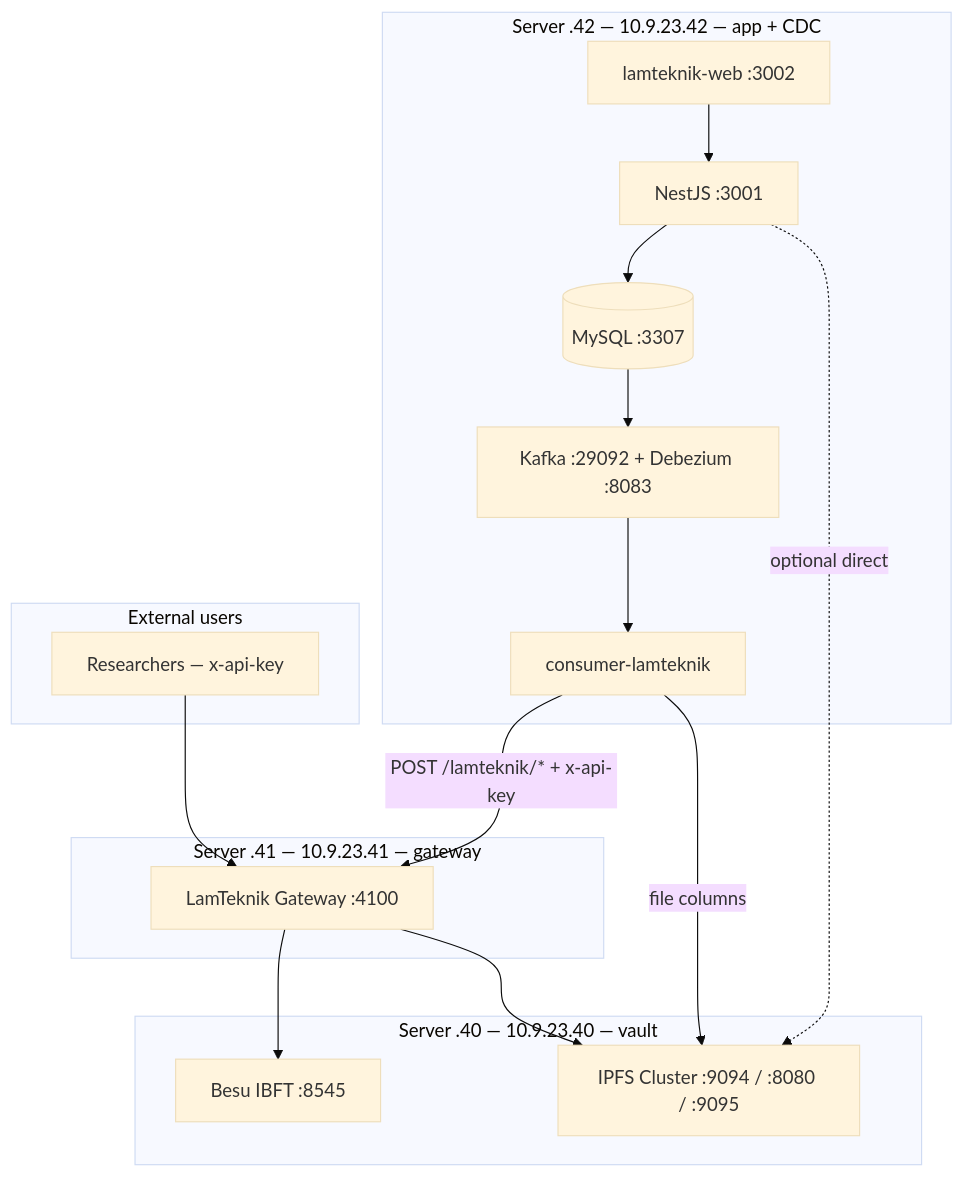
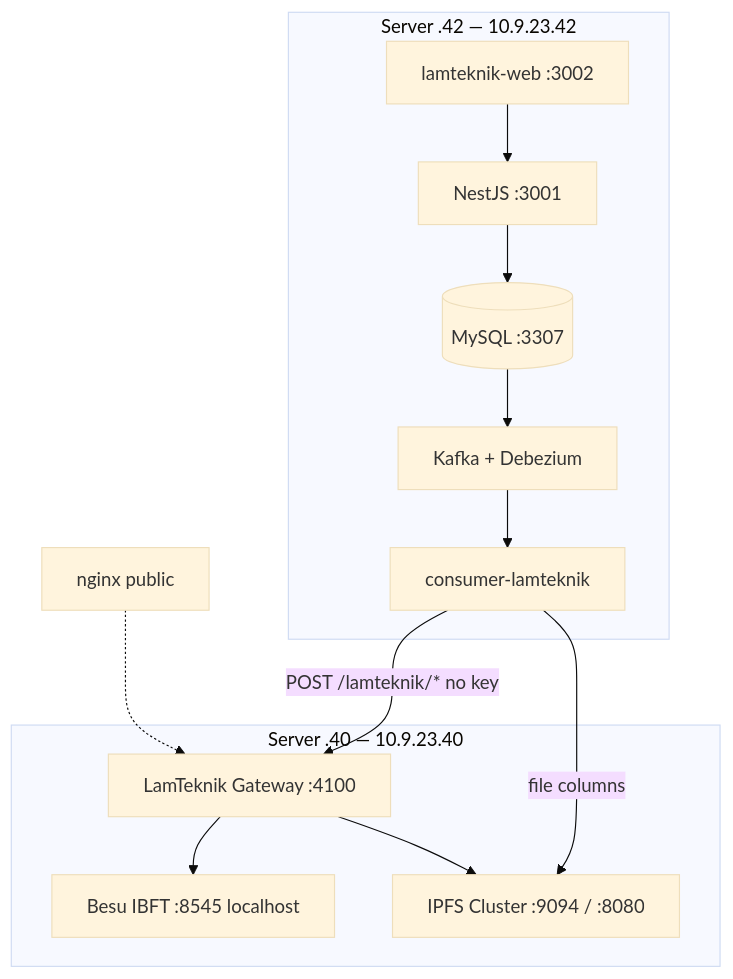
The diagram in context/infrastructure.md (DeITdev/lamteknik-blockchain), drawn with Mermaid (base theme) before and after one commit. The commit also changed other lines of this file and 12 other files, not shown here.

````diff
--- a/context/infrastructure.md
+++ b/context/infrastructure.md
@@ -35,33 +32,25 @@
 ```mermaid
 flowchart TB
-  subgraph vm40 ["Server .40 — 10.9.23.40 — vault"]
-    Besu[Besu IBFT :8545]
-    IPFS[IPFS Cluster :9094 / :8080 / :9095]
+  subgraph vm40 ["Server .40 — 10.9.23.40"]
+    Besu[Besu IBFT :8545 localhost]
+    IPFS[IPFS Cluster :9094 / :8080]
+    GW[LamTeknik Gateway :4100]
+    GW --> Besu
+    GW --> IPFS
   end
 
-  subgraph vm41 ["Server .41 — 10.9.23.41 — gateway"]
-    GW[LamTeknik Gateway :4100]
-  end
-
-  subgraph vm42 ["Server .42 — 10.9.23.42 — app + CDC"]
+  subgraph vm42 ["Server .42 — 10.9.23.42"]
     MySQL[(MySQL :3307)]
-    Kafka[Kafka :29092 + Debezium :8083]
+    Kafka[Kafka + Debezium]
     Consumer[consumer-lamteknik]
     Nest[NestJS :3001]
     Web[lamteknik-web :3002]
   end
 
-  subgraph users [External users]
-    Researcher[Researchers — x-api-key]
-  end
-
-  Researcher --> GW
-  Consumer -->|"POST /lamteknik/* + x-api-key"| GW
+  Nginx[nginx public] -.-> GW
+  Consumer -->|"POST /lamteknik/* no key"| GW
   Consumer -->|"file columns"| IPFS
   Nest --> MySQL
   MySQL --> Kafka --> Consumer
-  GW --> Besu
-  GW --> IPFS
-  Nest -.->|"optional direct"| IPFS
   Web --> Nest
 ```
````
